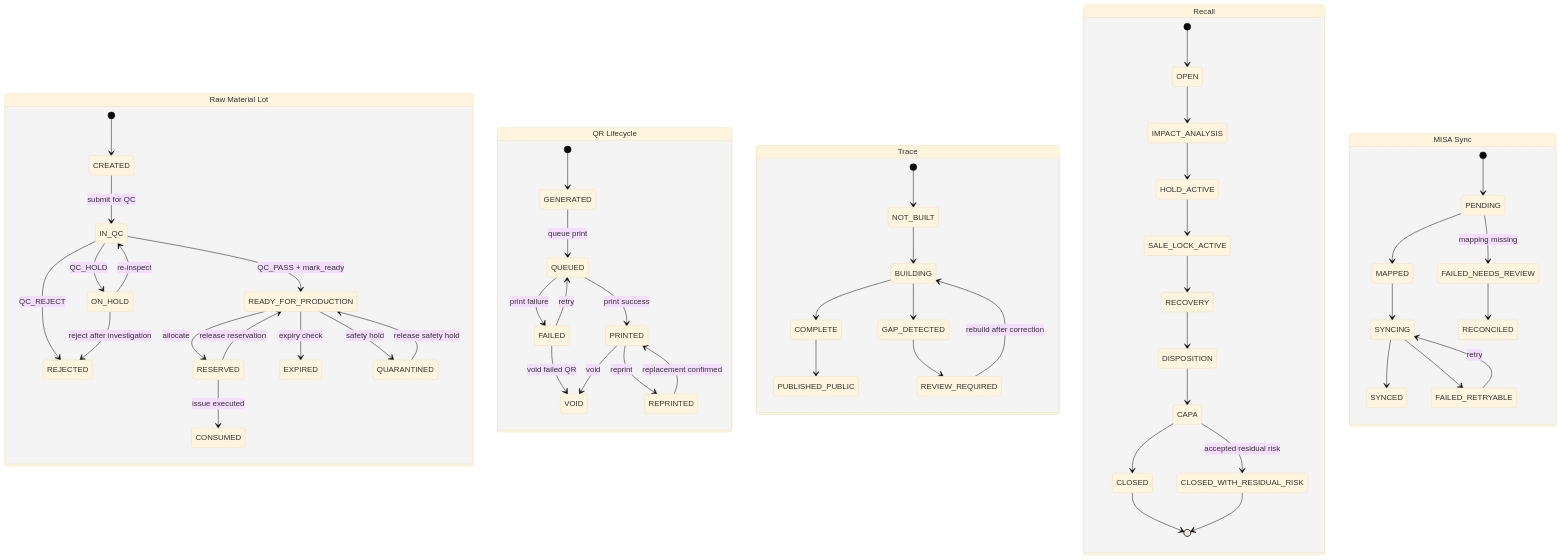
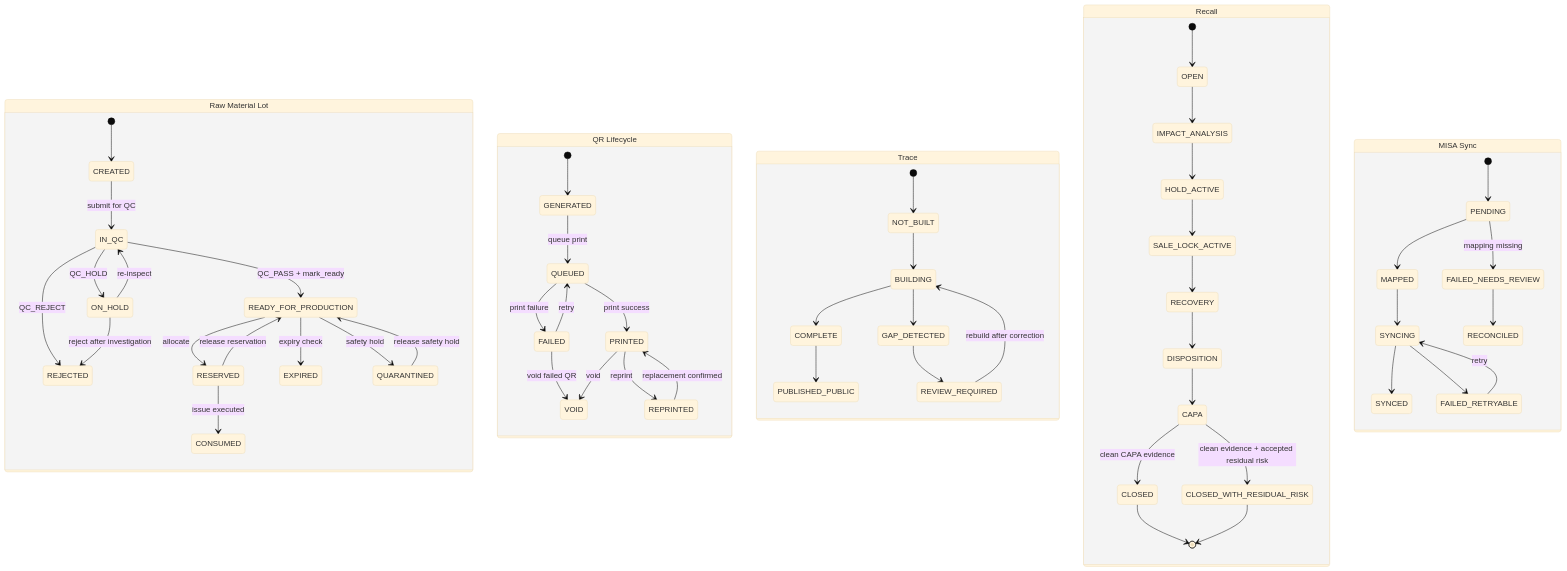
One commit to ngquoctoan2001/Ginsengfood-Operational-System changed the second of 2 diagrams in docs/software-specs/diagrams/05_STATE_DIAGRAM.md. Above: the diagram before and after it, drawn with Mermaid (base theme). The commit also changed other lines of this file and 283 other files, not shown here.

````diff
--- a/docs/software-specs/diagrams/05_STATE_DIAGRAM.md
+++ b/docs/software-specs/diagrams/05_STATE_DIAGRAM.md
@@ -47,65 +47,65 @@
 ```mermaid
 stateDiagram-v2
     state "Raw Material Lot" as RML {
         [*] --> CREATED
         CREATED --> IN_QC: submit for QC
         IN_QC --> READY_FOR_PRODUCTION: QC_PASS + mark_ready
         IN_QC --> ON_HOLD: QC_HOLD
         IN_QC --> REJECTED: QC_REJECT
         ON_HOLD --> IN_QC: re-inspect
         ON_HOLD --> REJECTED: reject after investigation
         READY_FOR_PRODUCTION --> RESERVED: allocate
         RESERVED --> READY_FOR_PRODUCTION: release reservation
         RESERVED --> CONSUMED: issue executed
         READY_FOR_PRODUCTION --> EXPIRED: expiry check
         READY_FOR_PRODUCTION --> QUARANTINED: safety hold
         QUARANTINED --> READY_FOR_PRODUCTION: release safety hold
     }
 
     state "QR Lifecycle" as QR {
         [*] --> GENERATED
         GENERATED --> QUEUED: queue print
         QUEUED --> PRINTED: print success
         QUEUED --> FAILED: print failure
         FAILED --> QUEUED: retry
         FAILED --> VOID: void failed QR
         PRINTED --> REPRINTED: reprint
         REPRINTED --> PRINTED: replacement confirmed
         PRINTED --> VOID: void
     }
 
     state "Trace" as TR {
         [*] --> NOT_BUILT
         NOT_BUILT --> BUILDING
         BUILDING --> COMPLETE
         BUILDING --> GAP_DETECTED
         COMPLETE --> PUBLISHED_PUBLIC
         GAP_DETECTED --> REVIEW_REQUIRED
         REVIEW_REQUIRED --> BUILDING: rebuild after correction
     }
 
     state "Recall" as RC {
         [*] --> OPEN
         OPEN --> IMPACT_ANALYSIS
         IMPACT_ANALYSIS --> HOLD_ACTIVE
         HOLD_ACTIVE --> SALE_LOCK_ACTIVE
         SALE_LOCK_ACTIVE --> RECOVERY
         RECOVERY --> DISPOSITION
         DISPOSITION --> CAPA
-        CAPA --> CLOSED
-        CAPA --> CLOSED_WITH_RESIDUAL_RISK: accepted residual risk
+        CAPA --> CLOSED: clean CAPA evidence
+        CAPA --> CLOSED_WITH_RESIDUAL_RISK: clean evidence + accepted residual risk
         CLOSED --> [*]
         CLOSED_WITH_RESIDUAL_RISK --> [*]
     }
 
     state "MISA Sync" as MS {
         [*] --> PENDING
         PENDING --> MAPPED
         PENDING --> FAILED_NEEDS_REVIEW: mapping missing
         MAPPED --> SYNCING
         SYNCING --> SYNCED
         SYNCING --> FAILED_RETRYABLE
         FAILED_RETRYABLE --> SYNCING: retry
         FAILED_NEEDS_REVIEW --> RECONCILED
     }
 ```
````
